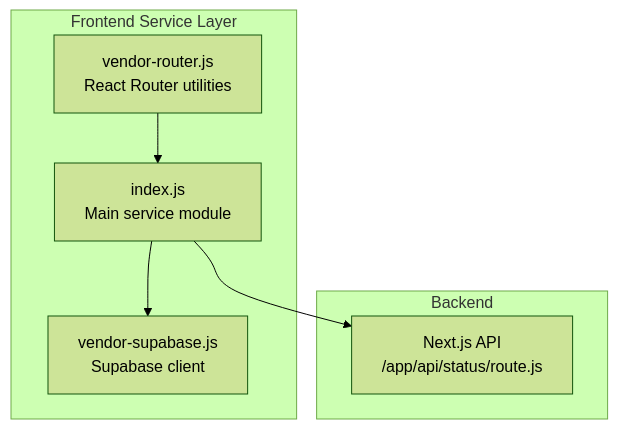
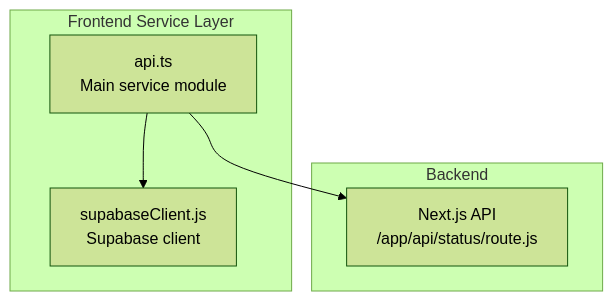
One commit to rohitkumarnaidu/ScholarFormAI changed the first of 9 diagrams in .docs/content/Frontend Development/API Integration/Service Layer Implementation.md. Above: the diagram before and after it, drawn with Mermaid (forest theme). The commit also changed other lines of this file and 155 other files, not shown here.

````diff
--- a/.docs/content/Frontend Development/API Integration/Service Layer Implementation.md
+++ b/.docs/content/Frontend Development/API Integration/Service Layer Implementation.md
@@ -38,14 +37,12 @@
 ```mermaid
 graph TB
 subgraph "Frontend Service Layer"
-A["index.js<br/>Main service module"]
-B["vendor-router.js<br/>React Router utilities"]
-C["vendor-supabase.js<br/>Supabase client"]
+A["api.ts<br/>Main service module"]
+C["supabaseClient.js<br/>Supabase client"]
 end
 subgraph "Backend"
 D["Next.js API<br/>/app/api/status/route.js"]
 end
 A --> C
 A --> D
-B --> A
 ```
````
